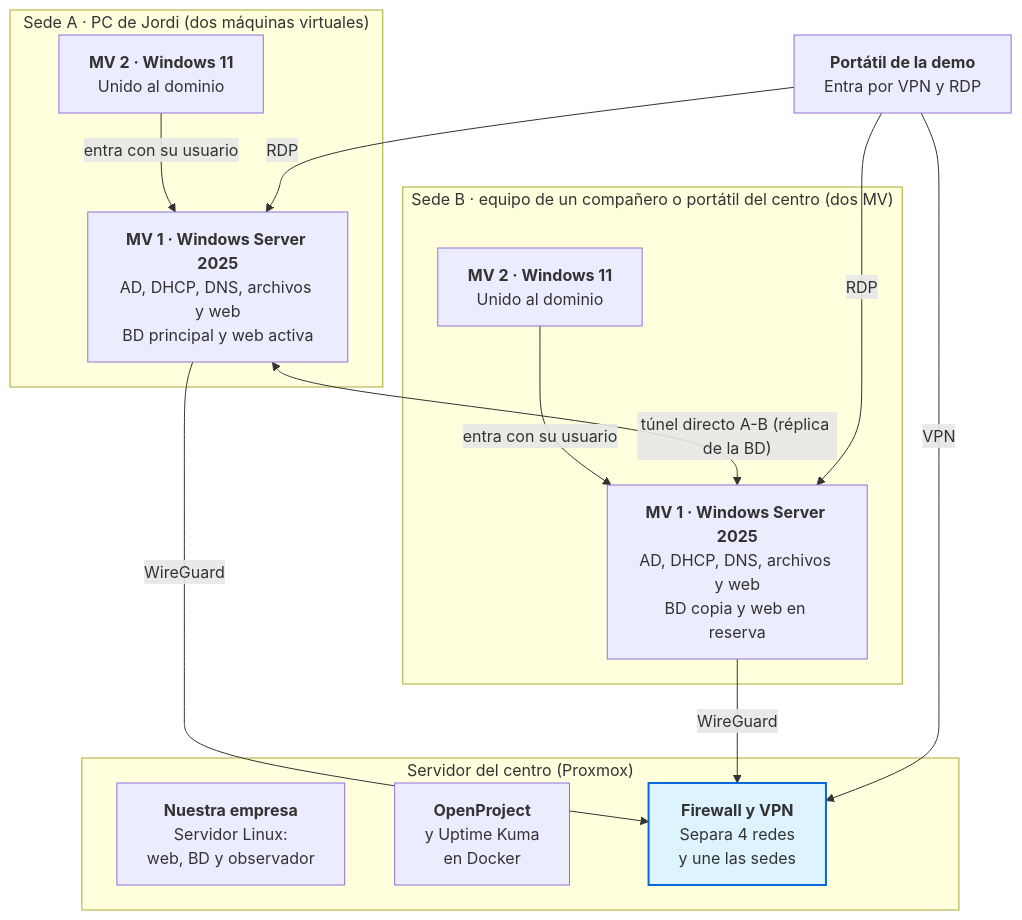
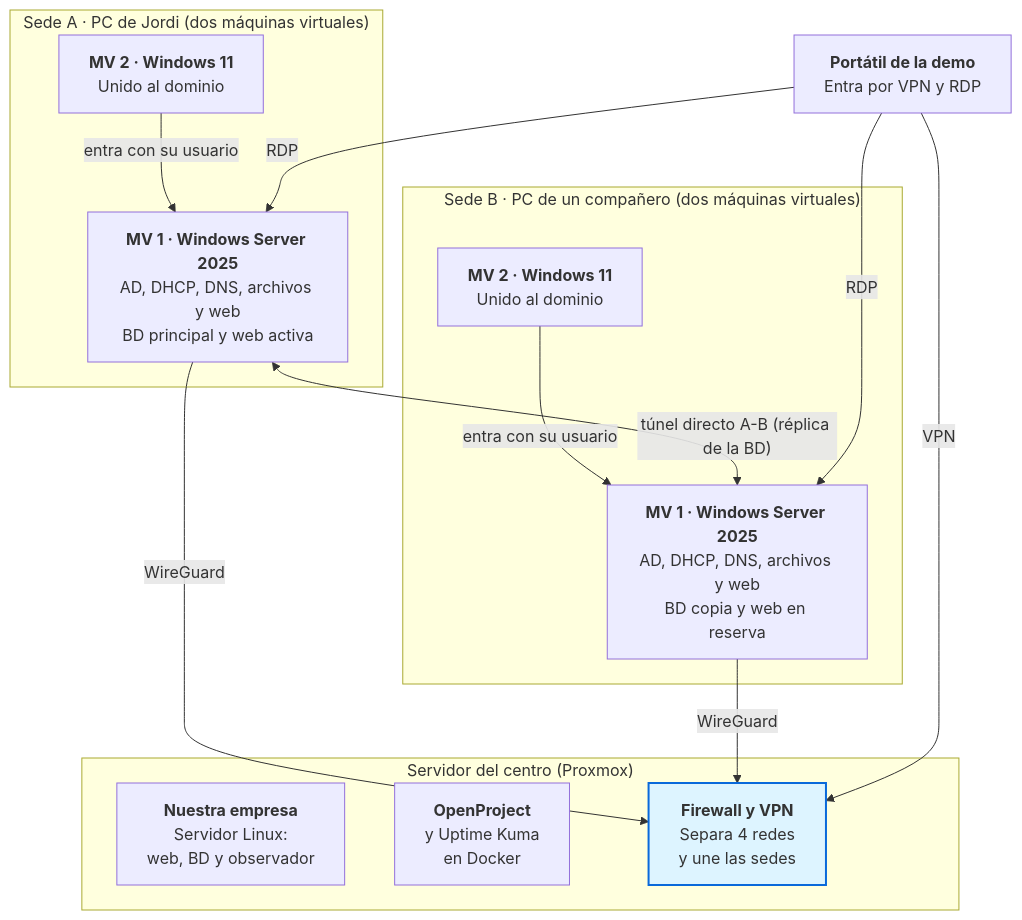
Before and after one commit to Wafo00/Proyecto_ASIR: the diagram in README.md, drawn with Mermaid. The commit also changed other lines of this file and 8 other files, not shown here.

````diff
--- a/README.md
+++ b/README.md
@@ -24,31 +24,31 @@
 ```mermaid
 flowchart TB
     PORT["<b>Portátil de la demo</b><br/>Entra por VPN y RDP"]
 
     subgraph CENTRO["Servidor del centro (Proxmox)"]
         EMP["<b>Nuestra empresa</b><br/>Servidor Linux:<br/>web, BD y observador"]
         OPK["<b>OpenProject</b><br/>y Uptime Kuma<br/>en Docker"]
         FW["<b>Firewall y VPN</b><br/>Separa 4 redes<br/>y une las sedes"]
     end
 
     subgraph SEDEA["Sede A · PC de Jordi (dos máquinas virtuales)"]
         SA["<b>MV 1 · Windows Server 2025</b><br/>AD, DHCP, DNS, archivos y web<br/>BD principal y web activa"]
         CA["<b>MV 2 · Windows 11</b><br/>Unido al dominio"]
         CA -->|"entra con su usuario"| SA
     end
 
-    subgraph SEDEB["Sede B · equipo de un compañero o portátil del centro (dos MV)"]
+    subgraph SEDEB["Sede B · PC de un compañero (dos máquinas virtuales)"]
         SB["<b>MV 1 · Windows Server 2025</b><br/>AD, DHCP, DNS, archivos y web<br/>BD copia y web en reserva"]
         CB["<b>MV 2 · Windows 11</b><br/>Unido al dominio"]
         CB -->|"entra con su usuario"| SB
     end
 
     SA -->|"WireGuard"| FW
     SB -->|"WireGuard"| FW
     SA <-->|"túnel directo A-B (réplica de la BD)"| SB
     PORT -->|"VPN"| FW
     PORT -->|"RDP"| SA
     PORT -->|"RDP"| SB
 
     style FW fill:#ddf4ff,stroke:#0969da,stroke-width:2px
 ```
````
